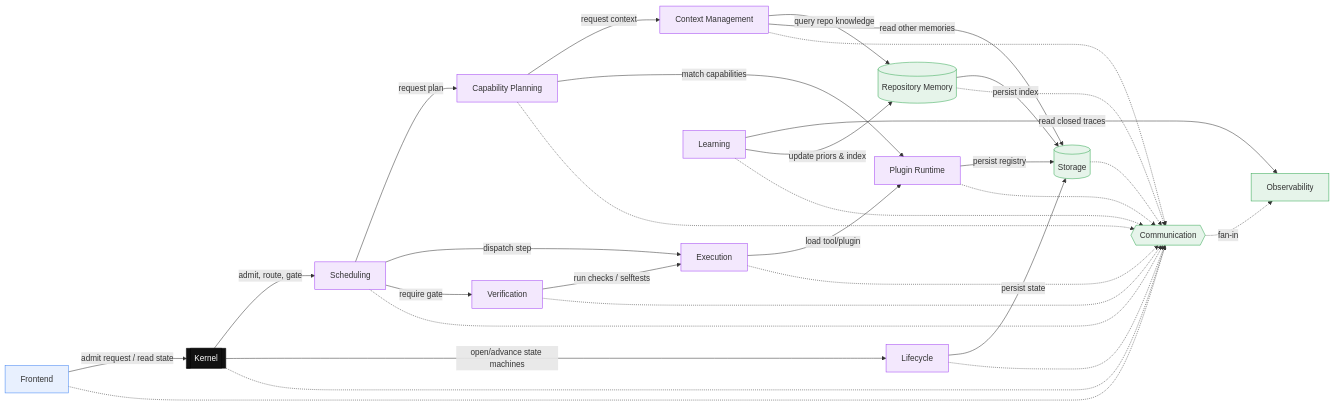
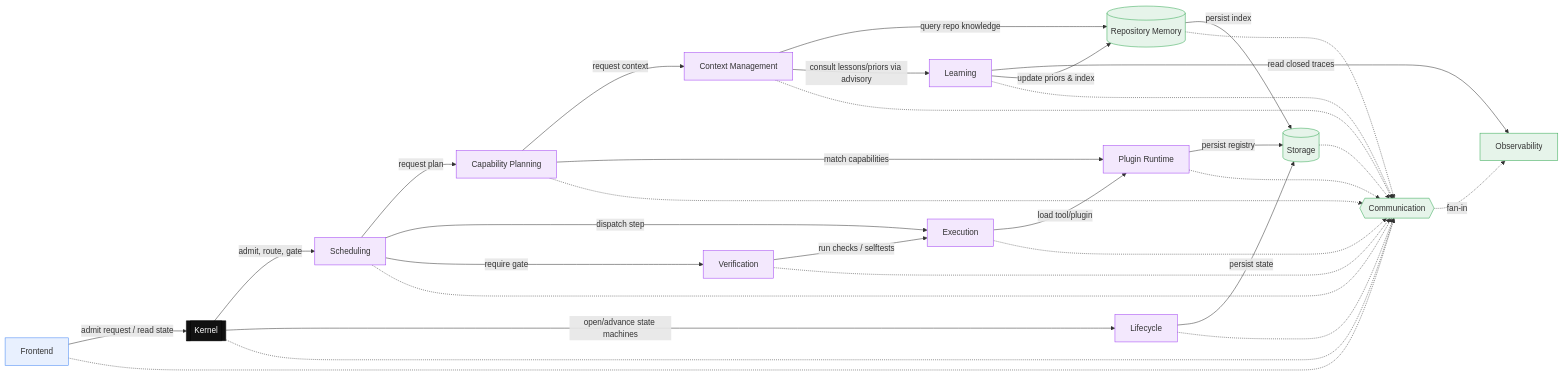
The second of 10 diagrams in ARCHITECTURE.md (Vishnu-3727/ABSOLUTE-ZERO-2), drawn with Mermaid before and after one commit. The commit also changed other lines of this file and 25 other files, not shown here.

````diff
--- a/ARCHITECTURE.md
+++ b/ARCHITECTURE.md
@@ -96,57 +96,57 @@
 ```mermaid
 flowchart LR
     FE[Frontend]:::surface
 
     K[[Kernel]]:::kernel
     LIF[Lifecycle]:::core
     SCH[Scheduling]:::core
     CP[Capability Planning]:::core
     CTX[Context Management]:::core
     VER[Verification]:::core
     EXE[Execution]:::core
     PLG[Plugin Runtime]:::core
     LRN[Learning]:::core
 
     MEM[(Repository Memory)]:::sub
     STO[(Storage)]:::sub
     OBS[Observability]:::sub
     COM{{Communication}}:::sub
 
     FE -->|admit request / read state| K
     K -->|admit, route, gate| SCH
     K -->|open/advance state machines| LIF
     SCH -->|request plan| CP
     SCH -->|dispatch step| EXE
     SCH -->|require gate| VER
     CP -->|request context| CTX
     CP -->|match capabilities| PLG
     CTX -->|query repo knowledge| MEM
-    CTX -->|read other memories| STO
+    CTX -->|consult lessons/priors via advisory| LRN
     VER -->|run checks / selftests| EXE
     EXE -->|load tool/plugin| PLG
     LRN -->|read closed traces| OBS
     LRN -->|update priors & index| MEM
 
     MEM -->|persist index| STO
     PLG -->|persist registry| STO
     LIF -->|persist state| STO
 
     FE -.-> COM
     K -.-> COM
     LIF -.-> COM
     SCH -.-> COM
     CP -.-> COM
     CTX -.-> COM
     VER -.-> COM
     EXE -.-> COM
     PLG -.-> COM
     LRN -.-> COM
     MEM -.-> COM
     STO -.-> COM
     COM -.->|fan-in| OBS
 
     classDef surface fill:#e8f0fe,stroke:#4285f4;
     classDef kernel fill:#111,color:#fff,stroke:#000;
     classDef core fill:#f3e8fd,stroke:#a142f4;
     classDef sub fill:#e6f4ea,stroke:#34a853;
 ```
````
